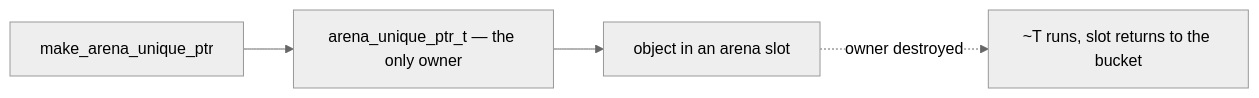
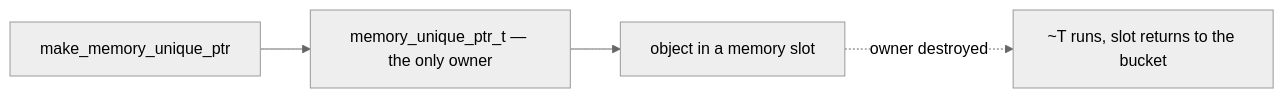
Before and after one commit to frameworkcpp/frameworkcpp: the first of 2 diagrams in docs/memory/smart-pointers.md, drawn with Mermaid (neutral theme). The commit also changed other lines of this file and 56 other files, not shown here.

First line of the commit message:
refactor(memory): rename arena module to memory

````diff
--- a/docs/memory/smart-pointers.md
+++ b/docs/memory/smart-pointers.md
@@ -40,6 +40,6 @@
 ```mermaid
 flowchart LR
-    make["make_arena_unique_ptr"] --> owner["arena_unique_ptr_t — the only owner"]
-    owner --> obj["object in an arena slot"]
+    make["make_memory_unique_ptr"] --> owner["memory_unique_ptr_t — the only owner"]
+    owner --> obj["object in a memory slot"]
     obj -.->|"owner destroyed"| back["~T runs, slot returns to the bucket"]
 ```
````
